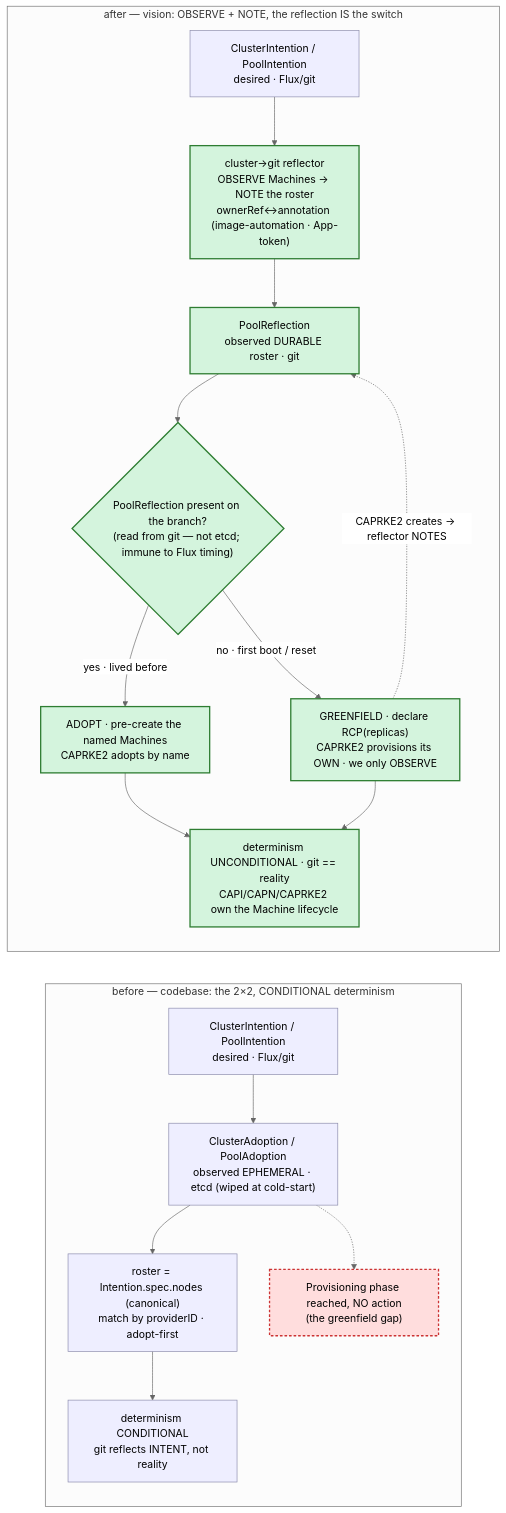
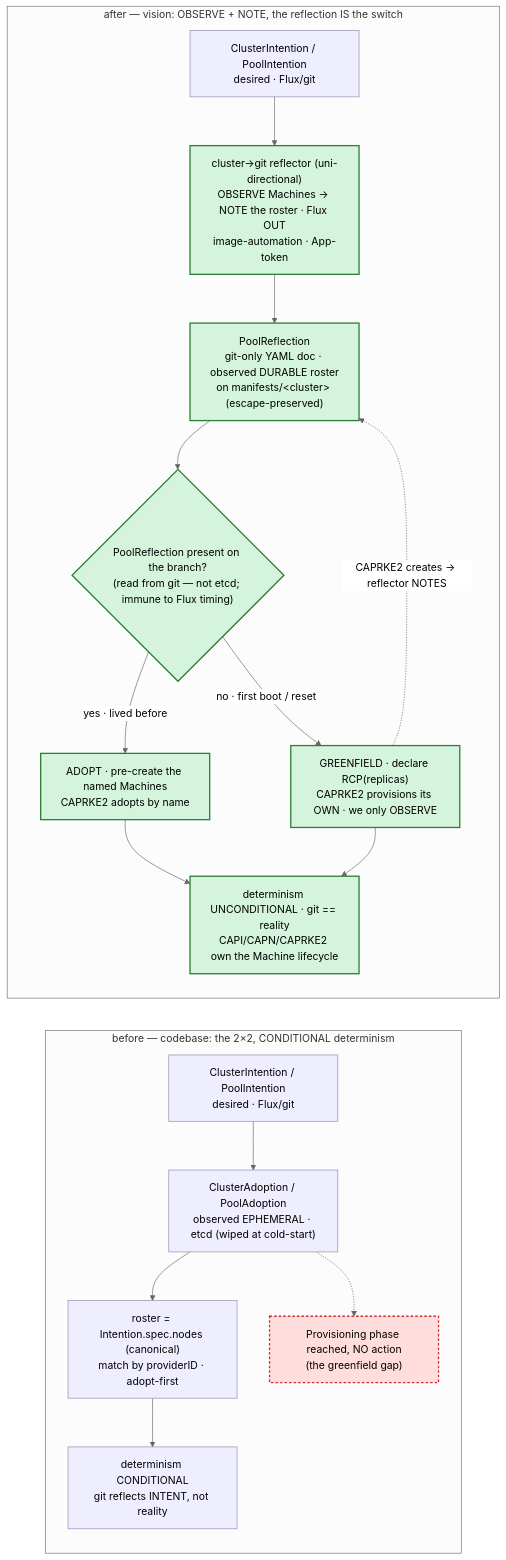
Before and after one commit to seedmatic/rke2lab: the diagram in docs/architecture/atlas/cluster-seeding.adoc, drawn with Mermaid (neutral theme). The commit also changed other lines of this file and 2 other files, not shown here.

First line of the commit message:
docs(cluster-api): reflector v-final — git-only doc, controller-owned, Flux out

```diff
--- a/docs/architecture/atlas/cluster-seeding.adoc
+++ b/docs/architecture/atlas/cluster-seeding.adoc
@@ -47,34 +47,34 @@
 [mermaid]
 ....
 flowchart LR
   subgraph B[before — codebase: the 2×2, CONDITIONAL determinism]
     b_int["ClusterIntention / PoolIntention<br/>desired · Flux/git"]
     b_ad["ClusterAdoption / PoolAdoption<br/>observed EPHEMERAL · etcd (wiped at cold-start)"]
     b_ros["roster = Intention.spec.nodes (canonical)<br/>match by providerID · adopt-first"]
     b_det["determinism CONDITIONAL<br/>git reflects INTENT, not reality"]
     b_gap["Provisioning phase reached, NO action<br/>(the greenfield gap)"]
     b_int --> b_ad --> b_ros --> b_det
     b_ad -.-> b_gap
   end
   subgraph A[after — vision: OBSERVE + NOTE, the reflection IS the switch]
     a_int["ClusterIntention / PoolIntention<br/>desired · Flux/git"]
-    a_ref["cluster→git reflector<br/>OBSERVE Machines → NOTE the roster<br/>ownerRef↔annotation (image-automation · App-token)"]
-    a_refl["PoolReflection<br/>observed DURABLE roster · git"]
+    a_ref["cluster→git reflector (uni-directional)<br/>OBSERVE Machines → NOTE the roster · Flux OUT<br/>image-automation · App-token"]
+    a_refl["PoolReflection<br/>git-only YAML doc · observed DURABLE roster<br/>on manifests/&lt;cluster&gt; (escape-preserved)"]
     a_sw{"PoolReflection present on the branch?<br/>(read from git — not etcd; immune to Flux timing)"}
     a_adopt["ADOPT · pre-create the named Machines<br/>CAPRKE2 adopts by name"]
     a_green["GREENFIELD · declare RCP(replicas)<br/>CAPRKE2 provisions its OWN · we only OBSERVE"]
     a_det["determinism UNCONDITIONAL · git == reality<br/>CAPI/CAPN/CAPRKE2 own the Machine lifecycle"]
     a_int --> a_ref --> a_refl --> a_sw
     a_sw -->|"yes · lived before"| a_adopt
     a_sw -->|"no · first boot / reset"| a_green
     a_green -.->|"CAPRKE2 creates → reflector NOTES"| a_refl
     a_adopt --> a_det
     a_green --> a_det
   end
   classDef built fill:#eef,stroke:#88a,stroke-width:1px;
   classDef new fill:#d4f4dd,stroke:#2e7d32,stroke-width:2px;
   classDef gone fill:#fdd,stroke:#c33,stroke-width:2px,stroke-dasharray:4 3;
   class b_int,b_ad,b_ros,b_det,a_int built;
   class b_gap gone;
   class a_ref,a_refl,a_sw,a_adopt,a_green,a_det new;
 ....
```
